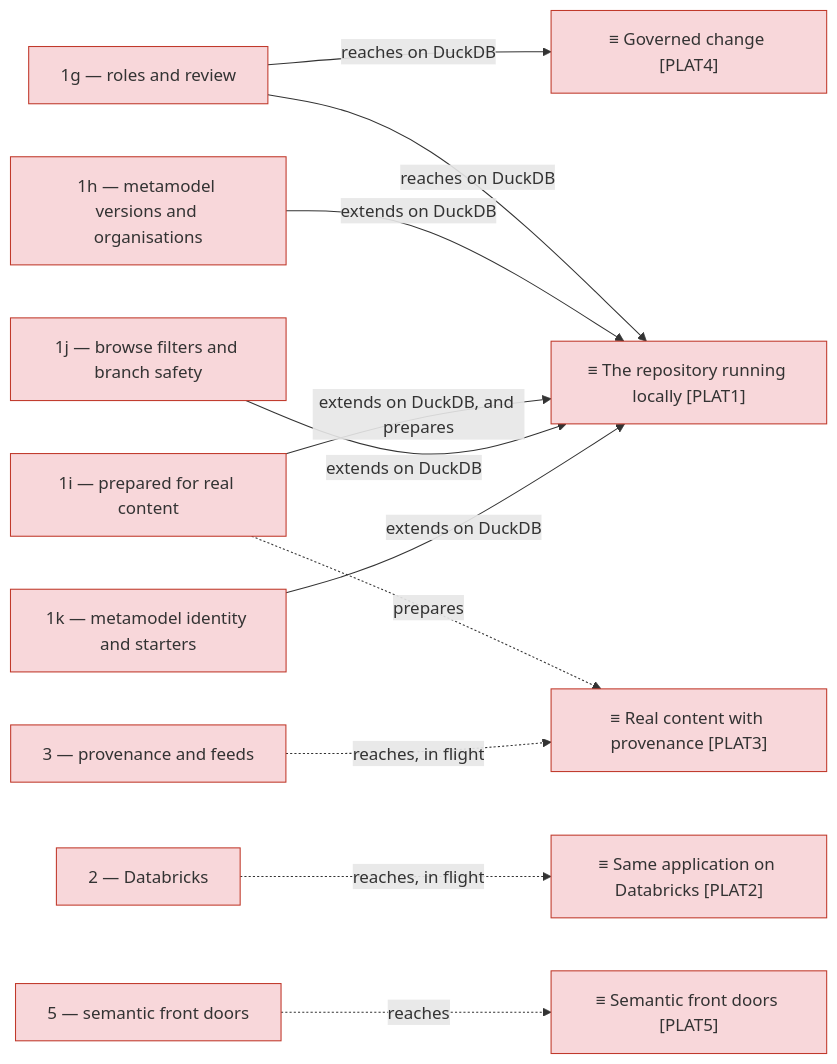
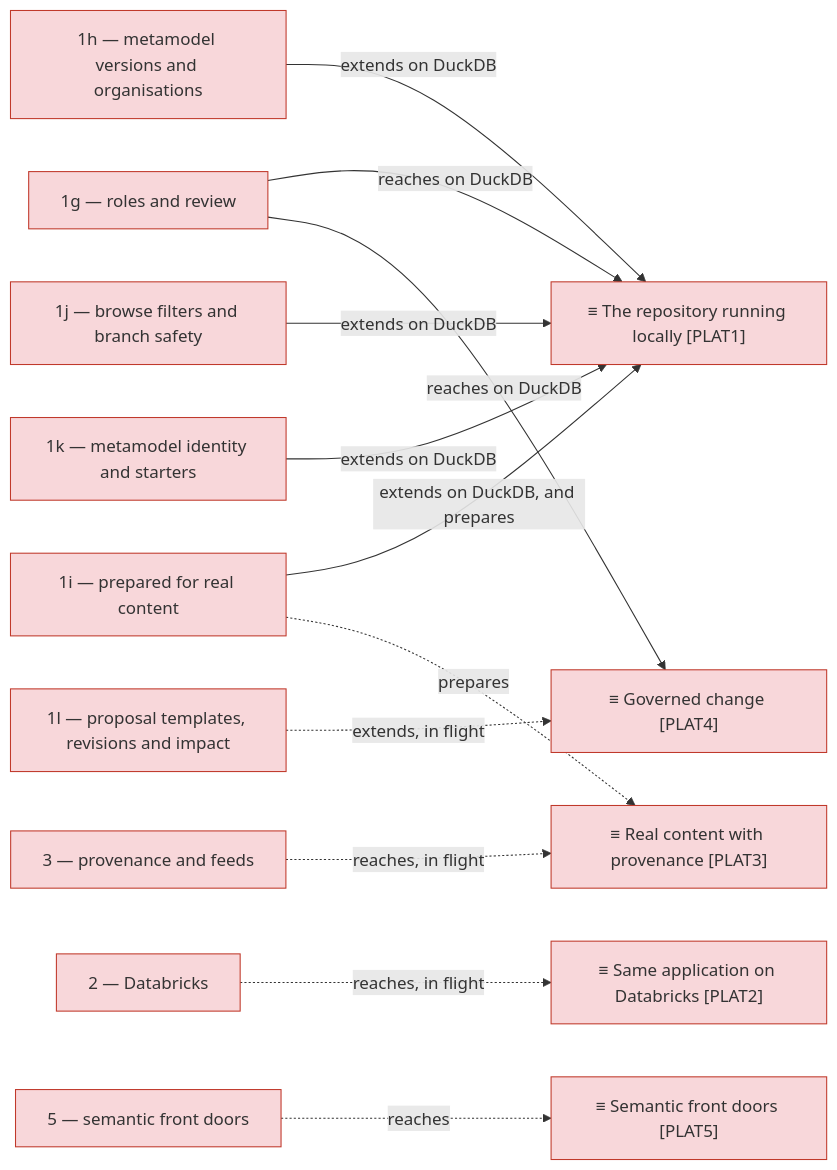
Before and after one commit to roanboc/dbx-enterprise-architecture: the third of 3 diagrams in architecture/6_transition/2_sequence.md, drawn with Mermaid. The commit also changed other lines of this file and 8 other files, not shown here.

First line of the commit message:
docs(architecture): initiative 22 drafted for Understanding — proposal templates, revisions and impact

````diff
--- a/architecture/6_transition/2_sequence.md
+++ b/architecture/6_transition/2_sequence.md
@@ -57,28 +58,30 @@
 ```mermaid
 flowchart LR
   s1g["1g — roles and review"]:::implementation
   s1h["1h — metamodel versions and organisations"]:::implementation
   s1i["1i — prepared for real content"]:::implementation
   s1j["1j — browse filters and branch safety"]:::implementation
   s1k["1k — metamodel identity and starters"]:::implementation
+  s1l["1l — proposal templates, revisions and impact"]:::implementation
   s2["2 — Databricks"]:::implementation
   s3["3 — provenance and feeds"]:::implementation
   s5["5 — semantic front doors"]:::implementation
   p1["≡ The repository running locally [PLAT1]"]:::implementation
   p2["≡ Same application on Databricks [PLAT2]"]:::implementation
   p3["≡ Real content with provenance [PLAT3]"]:::implementation
   p4["≡ Governed change [PLAT4]"]:::implementation
   p5["≡ Semantic front doors [PLAT5]"]:::implementation
   s1g -->|reaches on DuckDB| p1
   s1g -->|reaches on DuckDB| p4
   s1h -->|extends on DuckDB| p1
   s1i -->|extends on DuckDB, and prepares| p1
   s1i -.->|prepares| p3
   s1j -->|extends on DuckDB| p1
   s1k -->|extends on DuckDB| p1
+  s1l -.->|extends, in flight| p4
   s2 -.->|reaches, in flight| p2
   s3 -.->|reaches, in flight| p3
   s5 -.->|reaches| p5
 
   classDef implementation fill:#f8d7da,stroke:#c0392b,color:#333
 ```
````
